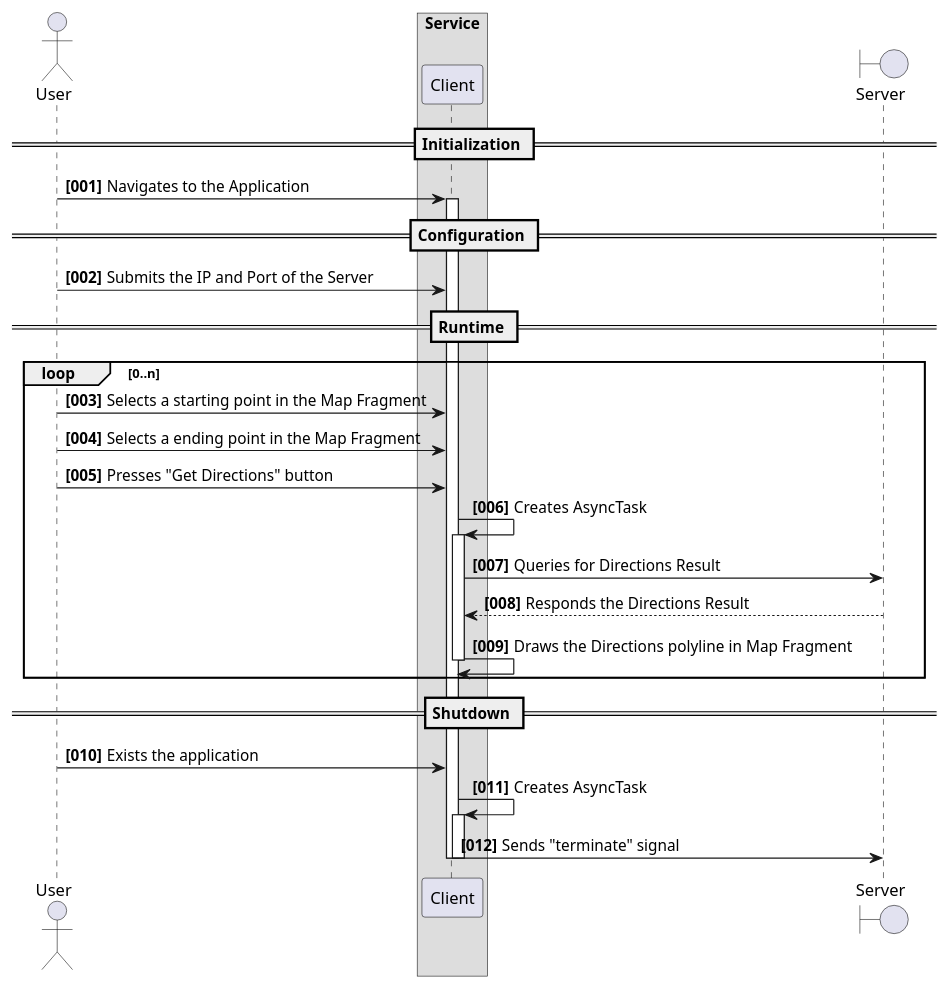
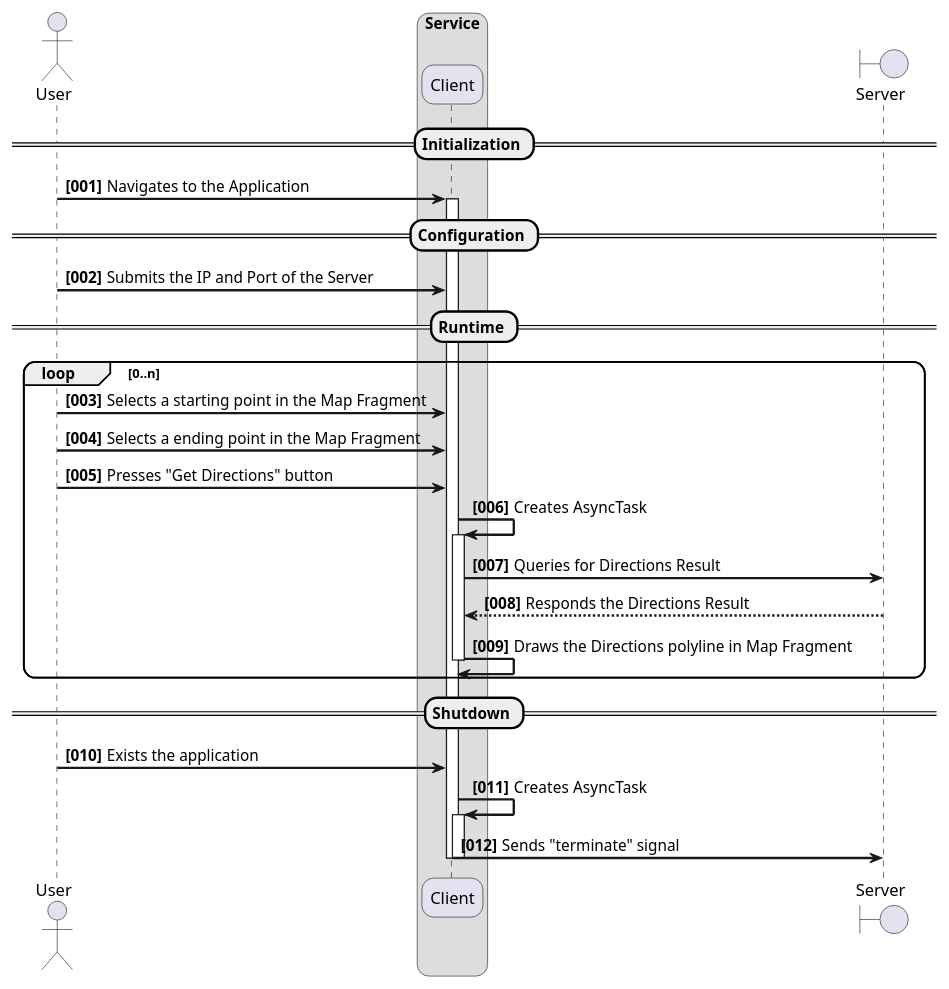
One commit to steve-papadogiannis/DistSysAndroid changed the diagram in diagrams/uml/sequence/lifecycle.plantuml. Above: the diagram before and after it, drawn with PlantUML. The commit also changed 1 other file, not shown here.

Commit message:
Thickening sequence diagram arrows and rounding corners [ci skip].

```diff
--- a/diagrams/uml/sequence/lifecycle.plantuml
+++ b/diagrams/uml/sequence/lifecycle.plantuml
@@ -1,37 +1,39 @@
 @startuml
+skinparam sequenceArrowThickness 2
+skinparam roundcorner 20
 actor User
 box Service
 participant Client
 end box
 boundary Server
 autonumber "<b>[000]"
 
 == Initialization ==
 User -> Client : Navigates to the Application
 activate Client
 
 == Configuration ==
 User -> Client : Submits the IP and Port of the Server
 
 == Runtime ==
 loop 0..n
 User -> Client : Selects a starting point in the Map Fragment
 User -> Client : Selects a ending point in the Map Fragment
 User -> Client : Presses "Get Directions" button
 Client -> Client : Creates AsyncTask
 activate Client
 Client -> Server : Queries for Directions Result
 Server --> Client : Responds the Directions Result
 Client -> Client : Draws the Directions polyline in Map Fragment
 deactivate Client
 end
 
 == Shutdown ==
 User -> Client : Exists the application
 Client -> Client : Creates AsyncTask
 activate Client
 Client -> Server : Sends "terminate" signal
 deactivate Client
 deactivate Client
 
 @enduml
```
